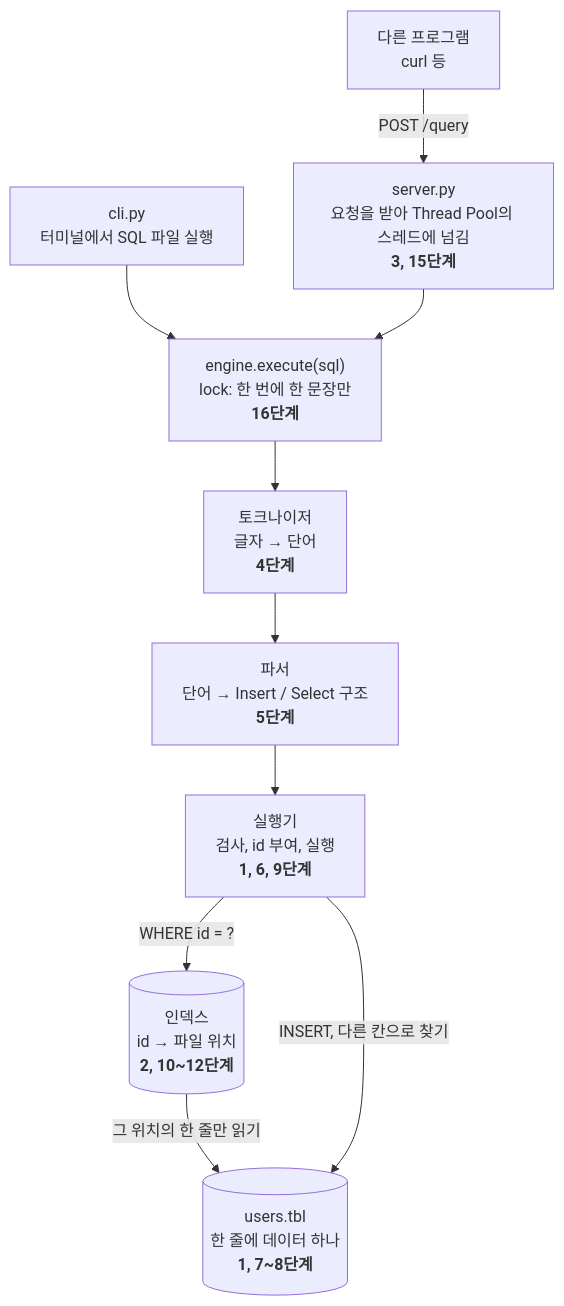
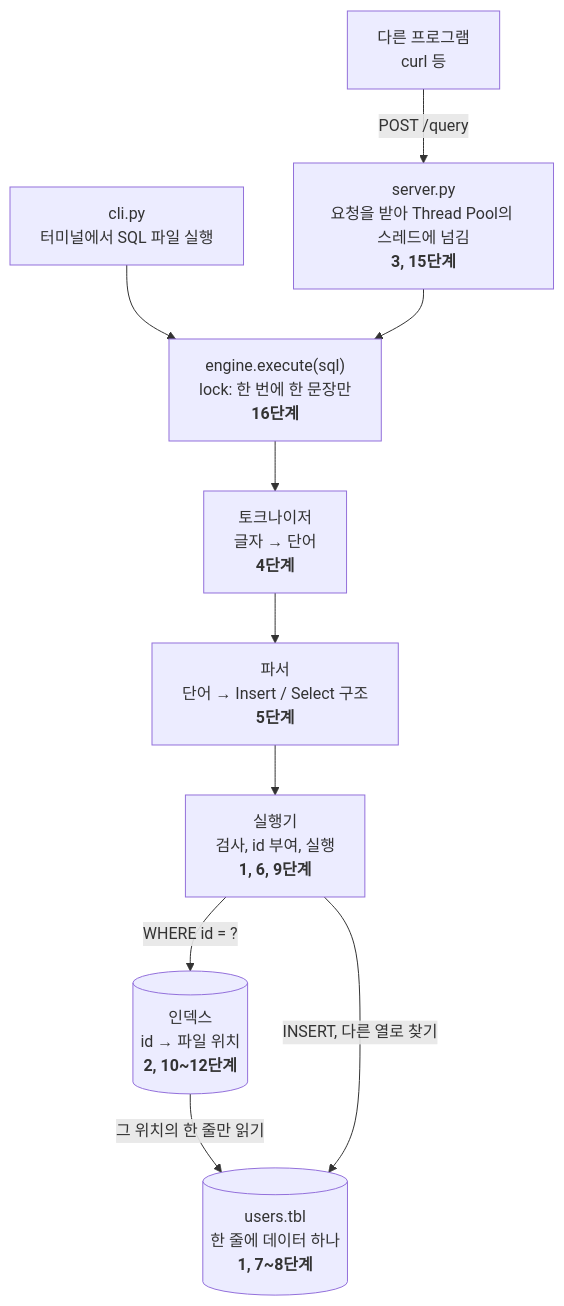
Before and after one commit to team1-mini-lab/mini-dbms: the diagram in docs/DESIGN.md, drawn with Mermaid. The commit also changed other lines of this file and 8 other files, not shown here.

````diff
--- a/docs/DESIGN.md
+++ b/docs/DESIGN.md
@@ -38,20 +38,20 @@
 ```mermaid
 flowchart TB
     cli["cli.py<br/>터미널에서 SQL 파일 실행"]
     client["다른 프로그램<br/>curl 등"]
     server["server.py<br/>요청을 받아 Thread Pool의 스레드에 넘김<br/><b>3, 15단계</b>"]
     engine["engine.execute(sql)<br/>lock: 한 번에 한 문장만<br/><b>16단계</b>"]
     tok["토크나이저<br/>글자 → 단어<br/><b>4단계</b>"]
     parser["파서<br/>단어 → Insert / Select 구조<br/><b>5단계</b>"]
     exe["실행기<br/>검사, id 부여, 실행<br/><b>1, 6, 9단계</b>"]
     index[("인덱스<br/>id → 파일 위치<br/><b>2, 10~12단계</b>")]
     file[("users.tbl<br/>한 줄에 데이터 하나<br/><b>1, 7~8단계</b>")]
 
     client -- "POST /query" --> server
     cli --> engine
     server --> engine
     engine --> tok --> parser --> exe
     exe -- "WHERE id = ?" --> index
     index -- "그 위치의 한 줄만 읽기" --> file
-    exe -- "INSERT, 다른 칸으로 찾기" --> file
+    exe -- "INSERT, 다른 열로 찾기" --> file
 ```
````
